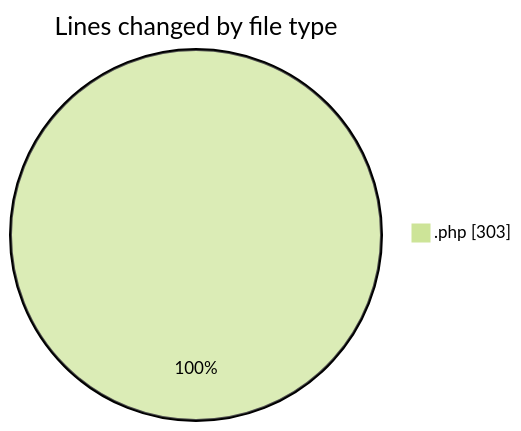
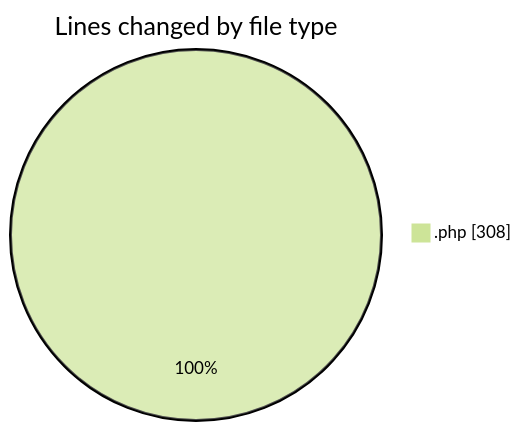
One commit to LanceThiago/code-tracking changed the first of 2 diagrams in 2025-03-26/kml/README.md. Above: the diagram before and after it, drawn with Mermaid (forest theme). The commit also changed other lines of this file and 1 other file, not shown here.

````diff
--- a/2025-03-26/kml/README.md
+++ b/2025-03-26/kml/README.md
@@ -20,5 +20,5 @@
 ```mermaid
 pie showData
 title Lines changed by file type
-".php" : 303
+".php" : 308
 ```
````
